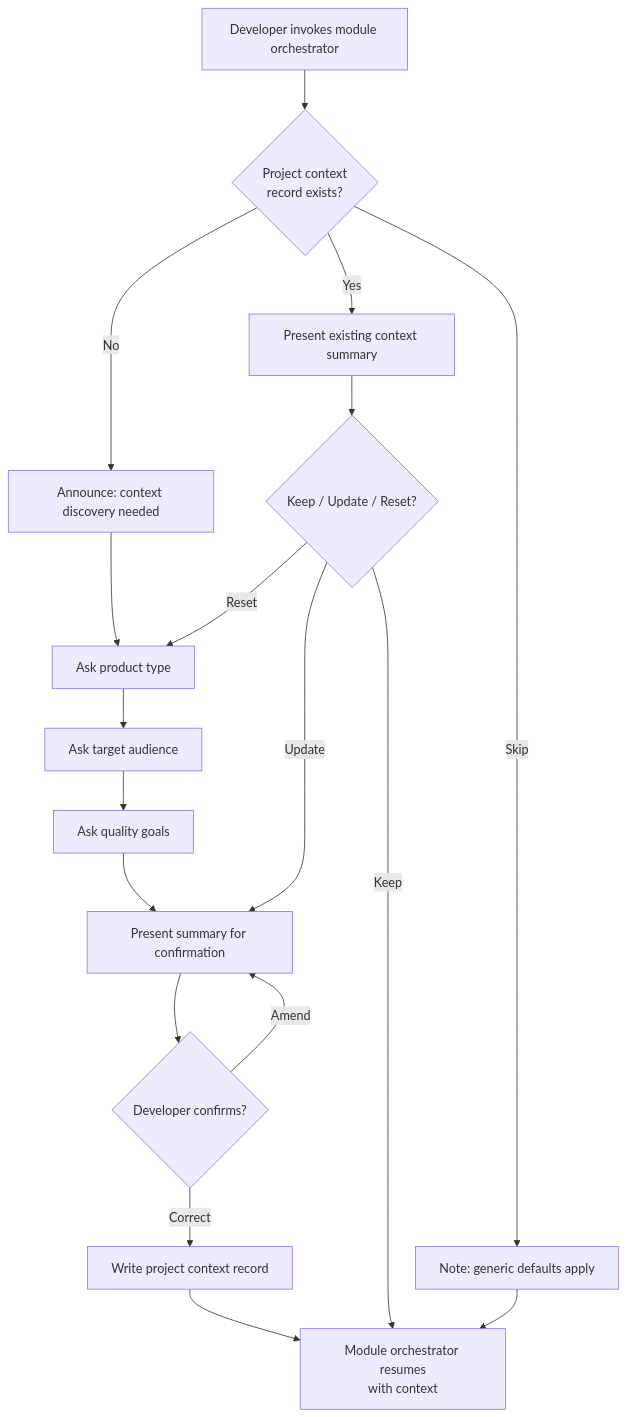
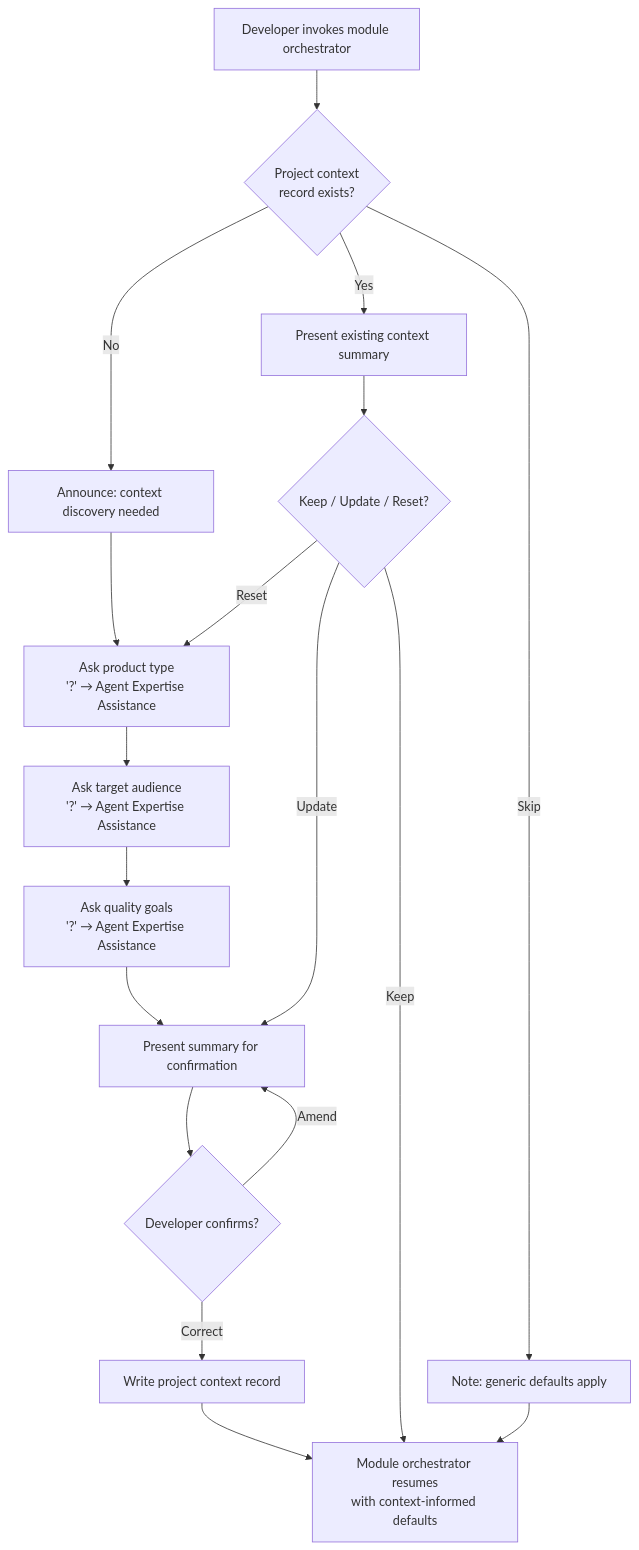
One commit to imix/taproot changed the diagram in taproot/specs/taproot-modules/module-context-discovery/usecase.md. Above: the diagram before and after it, drawn with Mermaid. The commit also changed other lines of this file and 4 other files, not shown here.

Commit message:
spec(human-integration, taproot-modules): add agent-expertise-assistance, refine module-context-discovery with expertise help option

````diff
--- a/taproot/specs/taproot-modules/module-context-discovery/usecase.md
+++ b/taproot/specs/taproot-modules/module-context-discovery/usecase.md
@@ -60,20 +76,20 @@
 ```mermaid
 flowchart TD
     A[Developer invokes module orchestrator] --> B{Project context\nrecord exists?}
     B -- No --> C[Announce: context discovery needed]
-    C --> D[Ask product type]
-    D --> E[Ask target audience]
-    E --> F[Ask quality goals]
+    C --> D[Ask product type\n'?' → Agent Expertise Assistance]
+    D --> E[Ask target audience\n'?' → Agent Expertise Assistance]
+    E --> F[Ask quality goals\n'?' → Agent Expertise Assistance]
     F --> G[Present summary for confirmation]
     G --> H{Developer confirms?}
     H -- Correct --> I[Write project context record]
     H -- Amend --> G
-    I --> J[Module orchestrator resumes\nwith context]
+    I --> J[Module orchestrator resumes\nwith context-informed defaults]
     B -- Yes --> K[Present existing context summary]
     K --> L{Keep / Update / Reset?}
     L -- Keep --> J
     L -- Update --> G
     L -- Reset --> D
     B -- Skip --> M[Note: generic defaults apply]
     M --> J
 ```
````
